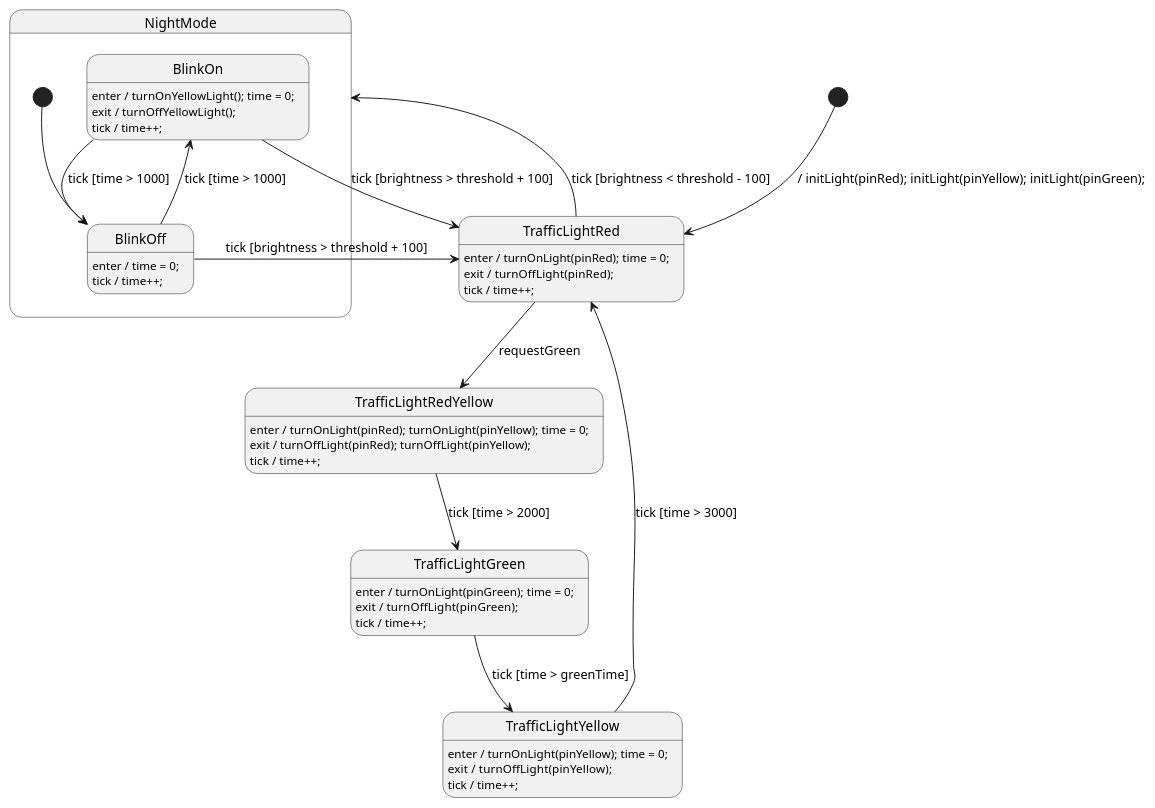
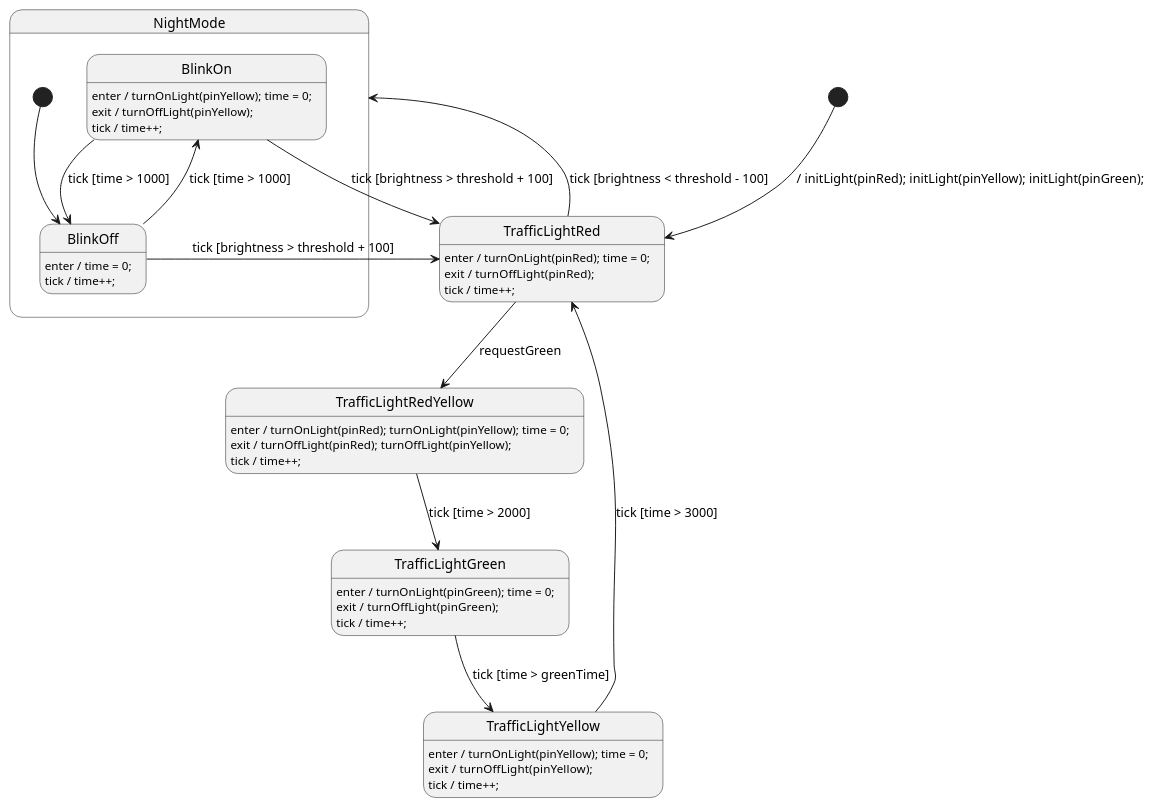
Before and after one commit to valentin-haub/esp32-traffic-light-management-system: the diagram in State_machine/TrafficLight.plantuml, drawn with PlantUML.

Commit message:
Fehler in der TrafficLight.plantuml korrigiert

```diff
--- a/State_machine/TrafficLight.plantuml
+++ b/State_machine/TrafficLight.plantuml
@@ -1,98 +1,98 @@
 @startuml TrafficLight
 
 ' //////////////////////// STATE ORGANIZATION ///////////////////////
 ' Note: StateSmith treats state names and events as case insensitive.
 ' More info: https://github.com/StateSmith/StateSmith/wiki/PlantUML
 
 state TrafficLightRed
 state TrafficLightRedYellow
 state TrafficLightGreen
 state TrafficLightYellow
 
 state NightMode {
     state BlinkOn
     state BlinkOff
 
     [*] --> BlinkOff
 
     ' BlinkOff
     BlinkOff: enter / time = 0;
     BlinkOff: tick / time++;
     BlinkOff --> BlinkOn : tick [time > 1000]
     BlinkOff --> TrafficLightRed : tick [brightness > threshold + 100]
 
     ' BlinkOn
-    BlinkOn: enter / turnOnYellowLight(); time = 0;
-    BlinkOn: exit / turnOffYellowLight();
+    BlinkOn: enter / turnOnLight(pinYellow); time = 0;
+    BlinkOn: exit / turnOffLight(pinYellow);
     BlinkOn: tick / time++;
     BlinkOn --> BlinkOff : tick [time > 1000]
     BlinkOn --> TrafficLightRed : tick [brightness > threshold + 100]
 }
 
 
 ' ///////////////////////// STATE HANDLERS /////////////////////////
 ' Syntax: https://github.com/StateSmith/StateSmith/wiki/Behaviors
 
 [*] --> TrafficLightRed : / initLight(pinRed); initLight(pinYellow); initLight(pinGreen);
 
 ' TrafficLightRed
 TrafficLightRed: enter / turnOnLight(pinRed); time = 0;
 TrafficLightRed: exit  / turnOffLight(pinRed);
 TrafficLightRed: tick / time++;
 TrafficLightRed --> TrafficLightRedYellow : requestGreen
 TrafficLightRed --> NightMode : tick [brightness < threshold - 100]
 
 ' TrafficLightRedYellow
 TrafficLightRedYellow: enter / turnOnLight(pinRed); turnOnLight(pinYellow); time = 0;
 TrafficLightRedYellow: exit / turnOffLight(pinRed); turnOffLight(pinYellow);
 TrafficLightRedYellow: tick / time++;
 TrafficLightRedYellow --> TrafficLightGreen : tick [time > 2000]
 
 ' TrafficLightGreen
 TrafficLightGreen: enter / turnOnLight(pinGreen); time = 0;
 TrafficLightGreen: exit  / turnOffLight(pinGreen);
 TrafficLightGreen: tick / time++;
 TrafficLightGreen --> TrafficLightYellow : tick [time > greenTime]
 
 ' TrafficLightYellow
 TrafficLightYellow: enter / turnOnLight(pinYellow); time = 0;
 TrafficLightYellow: exit  / turnOffLight(pinYellow);
 TrafficLightYellow: tick / time++;
 TrafficLightYellow --> TrafficLightRed : tick [time > 3000]
 
 
 
 ' //////////////////////// StateSmith config ////////////////////////
 ' The below special comment block sets the StateSmith configuration.
 ' More info: https://github.com/StateSmith/StateSmith/issues/335
 
 /'! $CONFIG : toml
 
 [RenderConfig]
 FileTop = """
     """
 AutoExpandedVars = """
     uint8_t pinRed;
     uint8_t pinYellow;
     uint8_t pinGreen;
 
     uint16_t time;
     uint16_t greenTime;
     uint16_t brightness;
     uint16_t threshold;
     """
 
 [RenderConfig.C]
 CFileExtension = ".cpp"
 HFileExtension = ".hpp"
 HFileIncludes = """
     #include <stdint.h> // for time var
     """
 CFileIncludes = """
     #include "driver.hpp"
     """
 
 [SmRunnerSettings]
 transpilerId = "C99"
 '/
 @enduml
```
